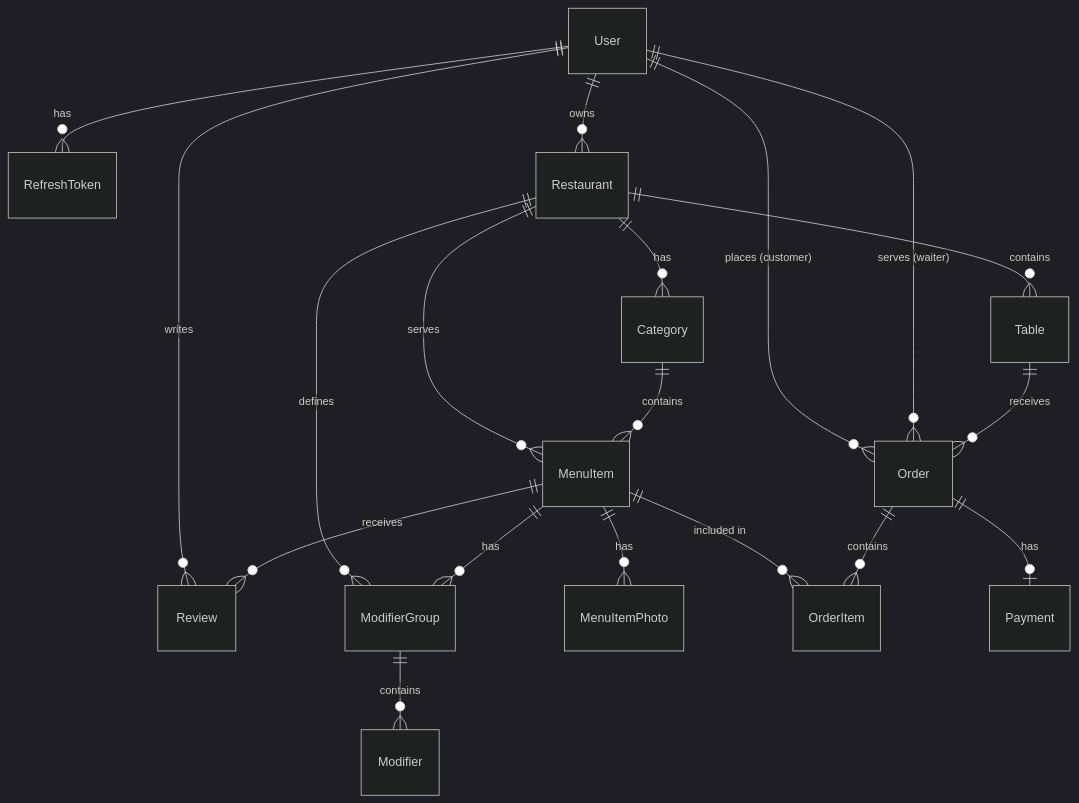
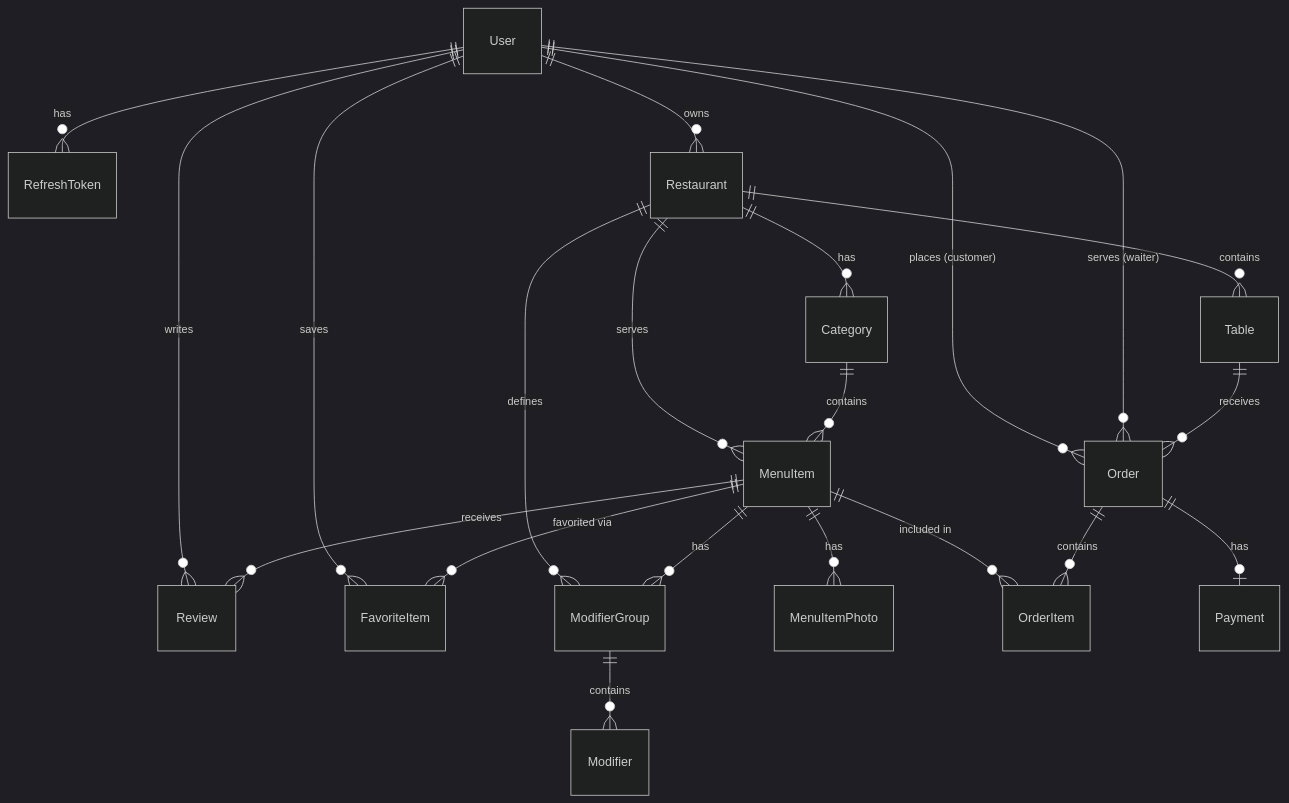
Before and after one commit to K23-Smart-Restaurant/smart-restaurant-admin: the diagram in docs/DATABASE_DESIGN.md, drawn with Mermaid (dark theme). The commit also changed other lines of this file and 9 other files, not shown here.

````diff
--- a/docs/DATABASE_DESIGN.md
+++ b/docs/DATABASE_DESIGN.md
@@ -13,27 +13,29 @@
 ```mermaid
 erDiagram
     User ||--o{ Order : "places (customer)"
     User ||--o{ Order : "serves (waiter)"
     User ||--o{ RefreshToken : "has"
     User ||--o{ Restaurant : "owns"
     User ||--o{ Review : "writes"
-    
+    User ||--o{ FavoriteItem : "saves"
+
     Restaurant ||--o{ Table : "contains"
     Restaurant ||--o{ Category : "has"
     Restaurant ||--o{ MenuItem : "serves"
     Restaurant ||--o{ ModifierGroup : "defines"
-    
+
     Category ||--o{ MenuItem : "contains"
-    
+
     MenuItem ||--o{ MenuItemPhoto : "has"
     MenuItem ||--o{ ModifierGroup : "has"
     MenuItem ||--o{ OrderItem : "included in"
     MenuItem ||--o{ Review : "receives"
-    
+    MenuItem ||--o{ FavoriteItem : "favorited via"
+
     ModifierGroup ||--o{ Modifier : "contains"
-    
+
     Table ||--o{ Order : "receives"
-    
+
     Order ||--o{ OrderItem : "contains"
     Order ||--o| Payment : "has"
 ```
````
